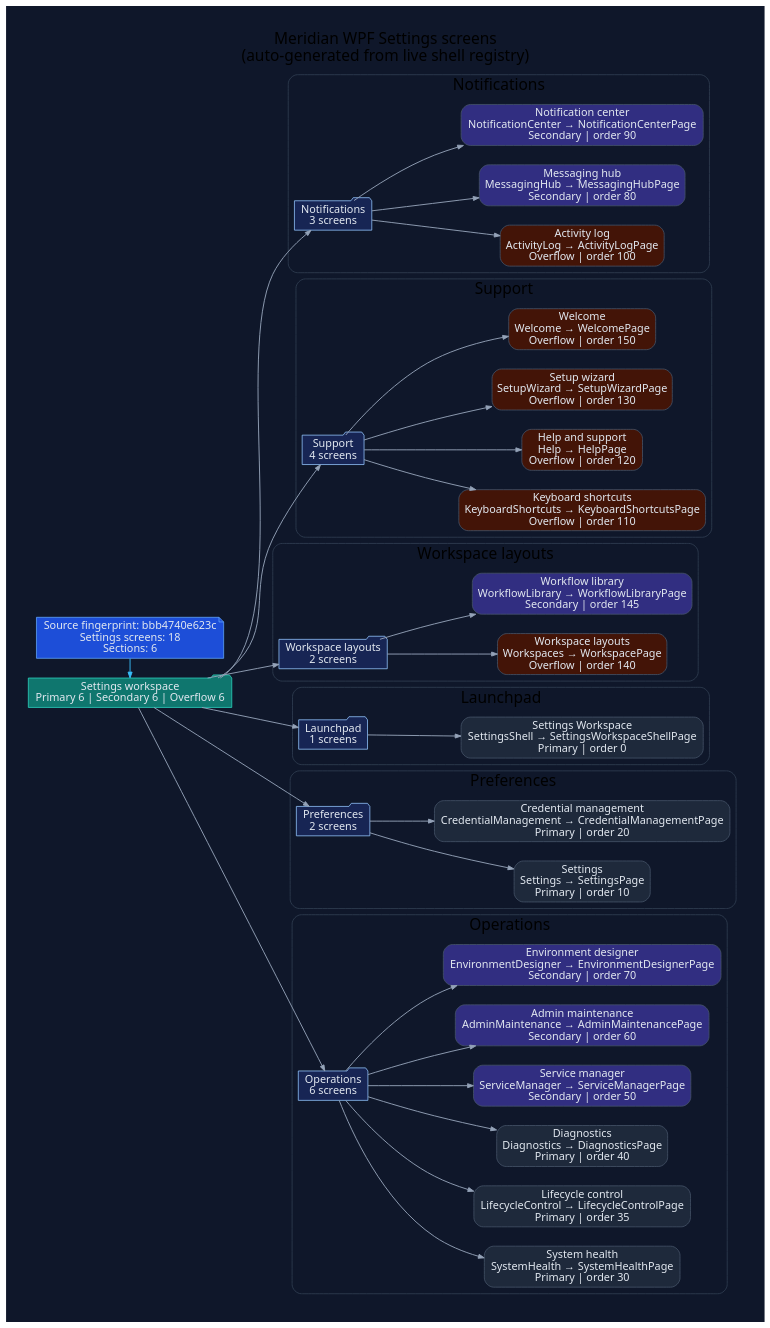
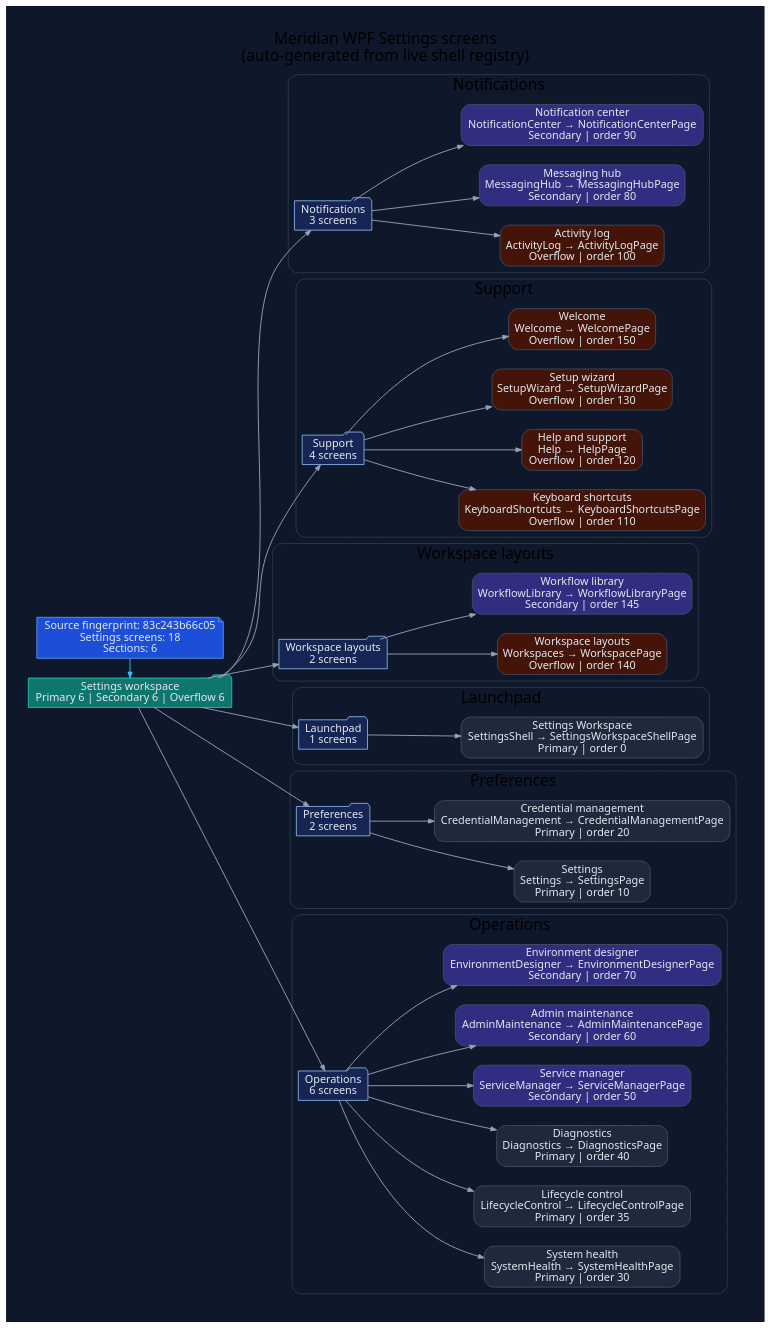
Before and after one commit to rodoHasArrived/Meridian-main: the diagram in docs/diagrams/ui/ui-wpf-screens-settings.dot, drawn with Graphviz. The commit also changed 46 other files, not shown here.

```diff
--- a/docs/diagrams/ui/ui-wpf-screens-settings.dot
+++ b/docs/diagrams/ui/ui-wpf-screens-settings.dot
@@ -1,110 +1,110 @@
 // -----------------------------------------------------------------------------
 // <auto-generated>
 // Generated by scripts/generate-diagrams.mjs.
 // Do not edit this file directly; update the WPF source files instead.
 // -----------------------------------------------------------------------------
 digraph WpfSettingsScreens {
   graph [
     rankdir=LR,
     labelloc=t,
     label="Meridian WPF Settings screens\n(auto-generated from live shell registry)",
     fontname="Segoe UI",
     fontsize=20,
     pad=0.4,
     nodesep=0.35,
     ranksep=0.85,
     bgcolor="#0f172a"
   ];
   node [fontname="Segoe UI", shape=box, style="rounded,filled", color="#475569", fontcolor="#e2e8f0", fillcolor="#1e293b"];
   edge [fontname="Segoe UI", color="#94a3b8", penwidth=1.2, arrowsize=0.75];
 
-  generated [shape=note, fillcolor="#1d4ed8", color="#60a5fa", label="Source fingerprint: bbb4740e623c\nSettings screens: 18\nSections: 6"];
+  generated [shape=note, fillcolor="#1d4ed8", color="#60a5fa", label="Source fingerprint: 83c243b66c05\nSettings screens: 18\nSections: 6"];
   workspace [shape=folder, fillcolor="#0f766e", color="#2dd4bf", label="Settings workspace\nPrimary 6 | Secondary 6 | Overflow 6"];
   generated -> workspace [color="#38bdf8"];
 
   subgraph cluster_section_1 {
     label="Notifications";
     color="#334155";
     style="rounded";
     section_1 [shape=folder, fillcolor="#172554", color="#93c5fd", label="Notifications\n3 screens"];
     workspace -> section_1;
     screen_ActivityLog [fillcolor="#431407", label="Activity log\nActivityLog → ActivityLogPage\nOverflow | order 100"];
     section_1 -> screen_ActivityLog;
     screen_MessagingHub [fillcolor="#312e81", label="Messaging hub\nMessagingHub → MessagingHubPage\nSecondary | order 80"];
     section_1 -> screen_MessagingHub;
     screen_NotificationCenter [fillcolor="#312e81", label="Notification center\nNotificationCenter → NotificationCenterPage\nSecondary | order 90"];
     section_1 -> screen_NotificationCenter;
   }
 
   subgraph cluster_section_2 {
     label="Support";
     color="#334155";
     style="rounded";
     section_2 [shape=folder, fillcolor="#172554", color="#93c5fd", label="Support\n4 screens"];
     workspace -> section_2;
     screen_KeyboardShortcuts [fillcolor="#431407", label="Keyboard shortcuts\nKeyboardShortcuts → KeyboardShortcutsPage\nOverflow | order 110"];
     section_2 -> screen_KeyboardShortcuts;
     screen_Help [fillcolor="#431407", label="Help and support\nHelp → HelpPage\nOverflow | order 120"];
     section_2 -> screen_Help;
     screen_SetupWizard [fillcolor="#431407", label="Setup wizard\nSetupWizard → SetupWizardPage\nOverflow | order 130"];
     section_2 -> screen_SetupWizard;
     screen_Welcome [fillcolor="#431407", label="Welcome\nWelcome → WelcomePage\nOverflow | order 150"];
     section_2 -> screen_Welcome;
   }
 
   subgraph cluster_section_3 {
     label="Workspace layouts";
     color="#334155";
     style="rounded";
     section_3 [shape=folder, fillcolor="#172554", color="#93c5fd", label="Workspace layouts\n2 screens"];
     workspace -> section_3;
     screen_Workspaces [fillcolor="#431407", label="Workspace layouts\nWorkspaces → WorkspacePage\nOverflow | order 140"];
     section_3 -> screen_Workspaces;
     screen_WorkflowLibrary [fillcolor="#312e81", label="Workflow library\nWorkflowLibrary → WorkflowLibraryPage\nSecondary | order 145"];
     section_3 -> screen_WorkflowLibrary;
   }
 
   subgraph cluster_section_4 {
     label="Launchpad";
     color="#334155";
     style="rounded";
     section_4 [shape=folder, fillcolor="#172554", color="#93c5fd", label="Launchpad\n1 screens"];
     workspace -> section_4;
     screen_SettingsShell [fillcolor="#1e293b", label="Settings Workspace\nSettingsShell → SettingsWorkspaceShellPage\nPrimary | order 0"];
     section_4 -> screen_SettingsShell;
   }
 
   subgraph cluster_section_5 {
     label="Preferences";
     color="#334155";
     style="rounded";
     section_5 [shape=folder, fillcolor="#172554", color="#93c5fd", label="Preferences\n2 screens"];
     workspace -> section_5;
     screen_Settings [fillcolor="#1e293b", label="Settings\nSettings → SettingsPage\nPrimary | order 10"];
     section_5 -> screen_Settings;
     screen_CredentialManagement [fillcolor="#1e293b", label="Credential management\nCredentialManagement → CredentialManagementPage\nPrimary | order 20"];
     section_5 -> screen_CredentialManagement;
   }
 
   subgraph cluster_section_6 {
     label="Operations";
     color="#334155";
     style="rounded";
     section_6 [shape=folder, fillcolor="#172554", color="#93c5fd", label="Operations\n6 screens"];
     workspace -> section_6;
     screen_SystemHealth [fillcolor="#1e293b", label="System health\nSystemHealth → SystemHealthPage\nPrimary | order 30"];
     section_6 -> screen_SystemHealth;
     screen_LifecycleControl [fillcolor="#1e293b", label="Lifecycle control\nLifecycleControl → LifecycleControlPage\nPrimary | order 35"];
     section_6 -> screen_LifecycleControl;
     screen_Diagnostics [fillcolor="#1e293b", label="Diagnostics\nDiagnostics → DiagnosticsPage\nPrimary | order 40"];
     section_6 -> screen_Diagnostics;
     screen_ServiceManager [fillcolor="#312e81", label="Service manager\nServiceManager → ServiceManagerPage\nSecondary | order 50"];
     section_6 -> screen_ServiceManager;
     screen_AdminMaintenance [fillcolor="#312e81", label="Admin maintenance\nAdminMaintenance → AdminMaintenancePage\nSecondary | order 60"];
     section_6 -> screen_AdminMaintenance;
     screen_EnvironmentDesigner [fillcolor="#312e81", label="Environment designer\nEnvironmentDesigner → EnvironmentDesignerPage\nSecondary | order 70"];
     section_6 -> screen_EnvironmentDesigner;
   }
 
   { rank=min; generated; workspace; }
 }
```
